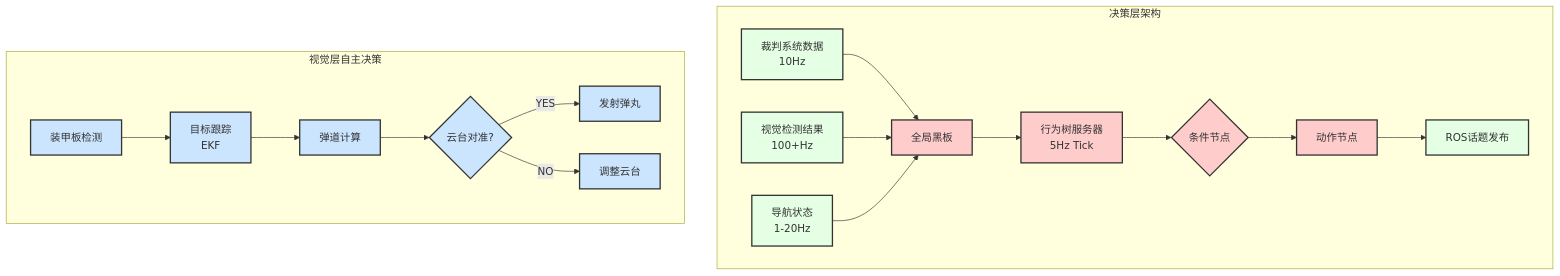
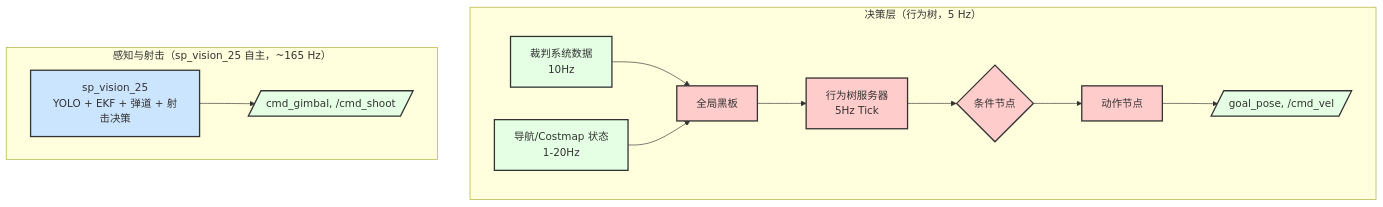
Before and after one commit to happywosabi/pb2025_sentry_ws: the first of 5 diagrams in docs/05_决策层.md, drawn with Mermaid. The commit also changed other lines of this file and 12 other files, not shown here.

````diff
--- a/docs/05_决策层.md
+++ b/docs/05_决策层.md
@@ -26,29 +25,25 @@
 ```mermaid
 graph TB
-    subgraph "决策层架构"
+    subgraph "决策层（行为树，5 Hz）"
         A[裁判系统数据<br/>10Hz] --> B[全局黑板]
-        C[视觉检测结果<br/>100+Hz] --> B
-        D[导航状态<br/>1-20Hz] --> B
+        D[导航/Costmap 状态<br/>1-20Hz] --> B
 
         B --> E[行为树服务器<br/>5Hz Tick]
         E --> F{条件节点}
         F --> G[动作节点]
-        G --> H[ROS话题发布]
+        G --> H[/goal_pose, /cmd_vel/]
     end
 
-    subgraph "视觉层自主决策"
-        I[装甲板检测] --> J[目标跟踪<br/>EKF]
-        J --> K[弹道计算]
-        K --> L{云台对准?}
-        L -->|YES| M[发射弹丸]
-        L -->|NO| N[调整云台]
+    subgraph "感知与射击（sp_vision_25 自主，~165 Hz）"
+        SPV[sp_vision_25<br/>YOLO + EKF + 弹道 + 射击决策]
+        SPV --> CMD[/cmd_gimbal, /cmd_shoot/]
     end
 
     classDef decisionClass fill:#FFCCCC,stroke:#333,stroke-width:2px
     classDef dataClass fill:#E5FFE5,stroke:#333,stroke-width:2px
     classDef autoClass fill:#CCE5FF,stroke:#333,stroke-width:2px
 
     class B,E,F,G decisionClass
-    class A,C,D,H dataClass
-    class I,J,K,L,M,N autoClass
+    class A,D,H,CMD dataClass
+    class SPV autoClass
 ```
````
